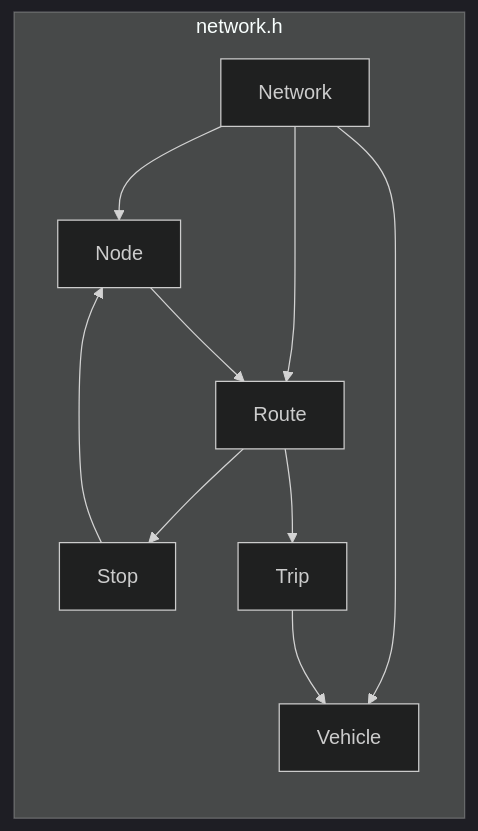
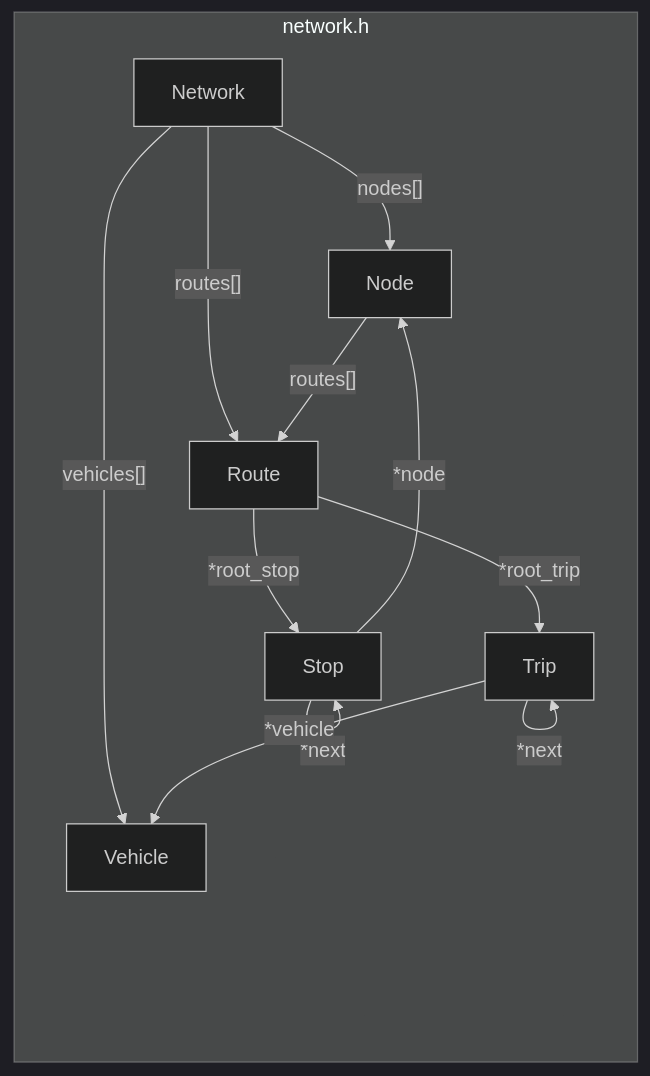
Before and after one commit to maptic/osurs: the second of 5 diagrams in README.md, drawn with Mermaid (dark theme). The commit also changed other lines of this file, not shown here.

Commit message:
Update graphs in README.md

````diff
--- a/README.md
+++ b/README.md
@@ -38,13 +36,16 @@
 ```mermaid
 graph LR;
   subgraph network.h;
-    Network-->Node;
-    Network-->Route;
-    Network-->Vehicle;
-    Route-->Stop;
-    Route-->Trip;
-    Node-->Route;
-    Stop-->Node;
-    Trip-->Vehicle;
+    Network-->|"nodes[]"|Node;
+    Network-->|"routes[]"|Route;
+    Network-->|"vehicles[]"|Vehicle;
+    Route-->|*root_stop|Stop;
+    Stop-->|*last|Stop;
+    Stop-->|*next|Stop;
+    Route-->|*root_trip|Trip;
+    Trip-->|*next|Trip;
+    Node-->|"routes[]"|Route;
+    Stop-->|*node|Node;
+    Trip-->|*vehicle|Vehicle;
   end;
 ```
````
